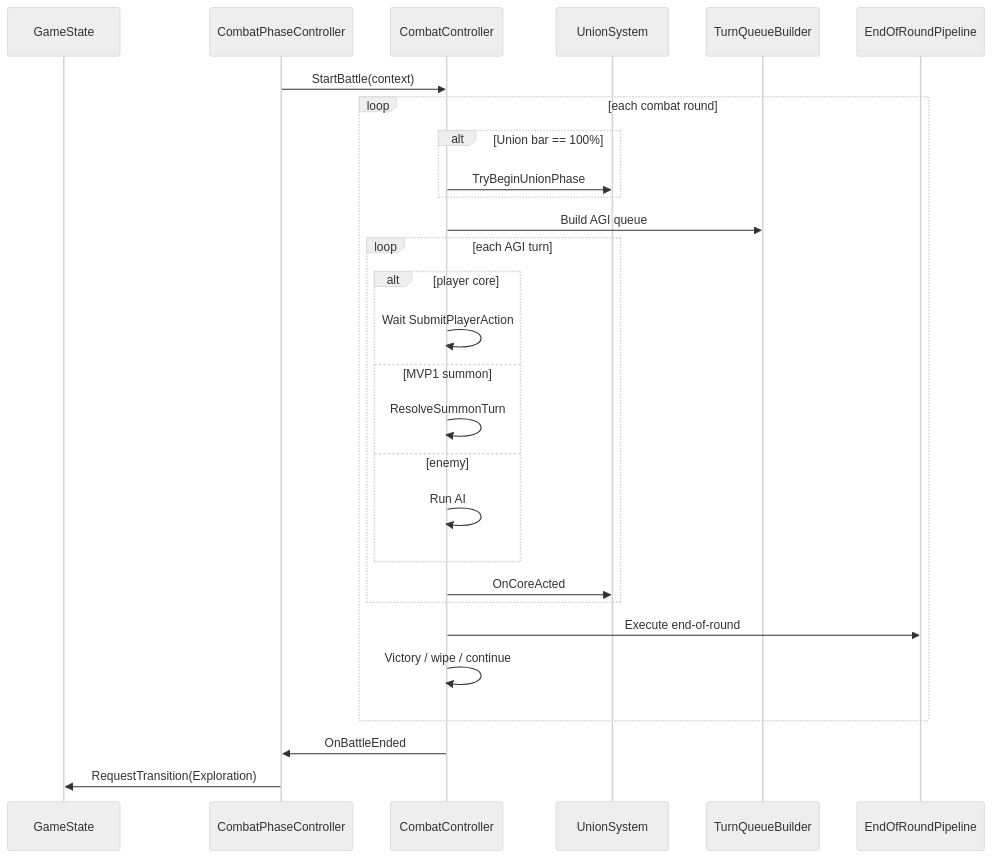
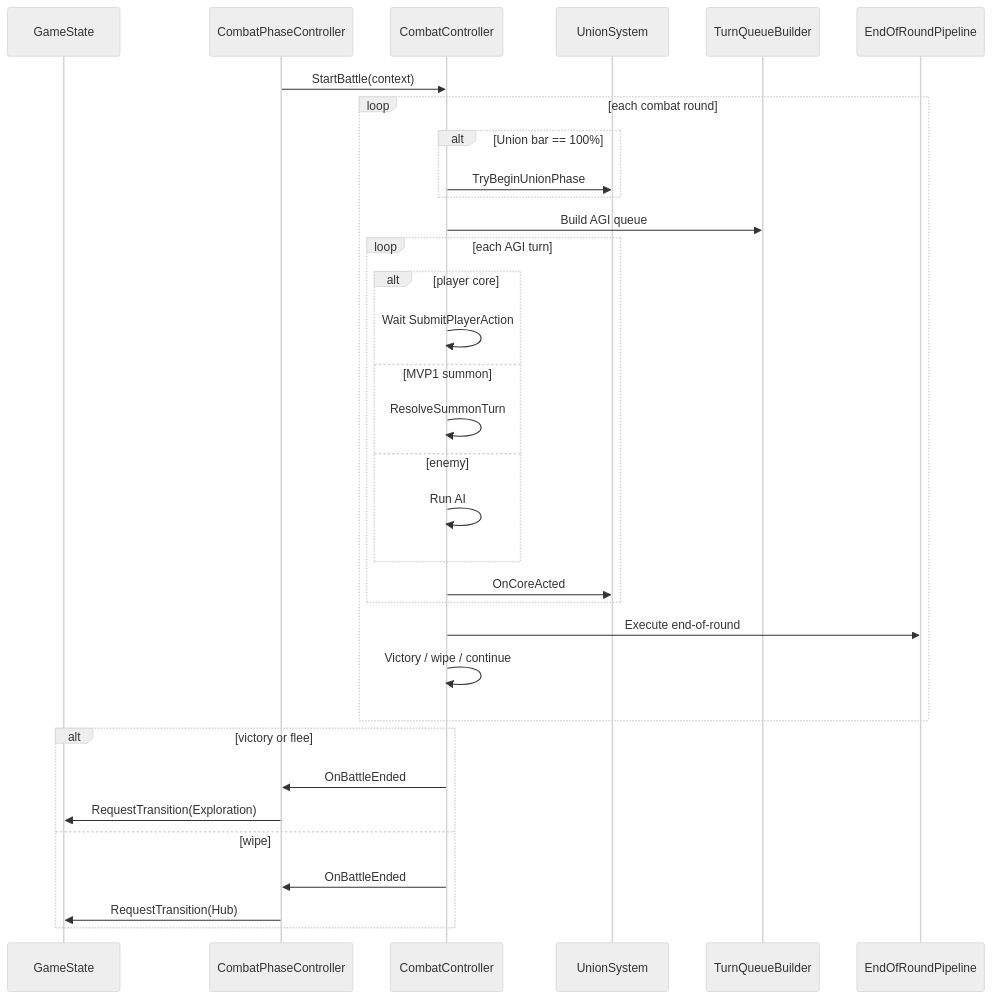
The sixth of 6 diagrams in docs/02-systems/game-phase.md (miramocha/griddungeon-design-docs), drawn with Mermaid (neutral theme) before and after one commit. The commit also changed other lines of this file and 6 other files, not shown here.

First line of the commit message:
Align MVP1 architecture docs with clean-code rules.

````diff
--- a/docs/02-systems/game-phase.md
+++ b/docs/02-systems/game-phase.md
@@ -198,31 +206,36 @@
 ```mermaid
 sequenceDiagram
   participant GS as GameState
   participant CP as CombatPhaseController
   participant CC as CombatController
   participant Union as UnionSystem
   participant TQ as TurnQueueBuilder
   participant EOR as EndOfRoundPipeline
 
   CP->>CC: StartBattle(context)
   loop each combat round
     alt Union bar == 100%
       CC->>Union: TryBeginUnionPhase
     end
     CC->>TQ: Build AGI queue
     loop each AGI turn
       alt player core
         CC->>CC: Wait SubmitPlayerAction
       else MVP1 summon
         CC->>CC: ResolveSummonTurn
       else enemy
         CC->>CC: Run AI
       end
       CC->>Union: OnCoreActed
     end
     CC->>EOR: Execute end-of-round
     CC->>CC: Victory / wipe / continue
   end
-  CC->>CP: OnBattleEnded
-  CP->>GS: RequestTransition(Exploration)
+  alt victory or flee
+    CC->>CP: OnBattleEnded
+    CP->>GS: RequestTransition(Exploration)
+  else wipe
+    CC->>CP: OnBattleEnded
+    CP->>GS: RequestTransition(Hub)
+  end
 ```
````
